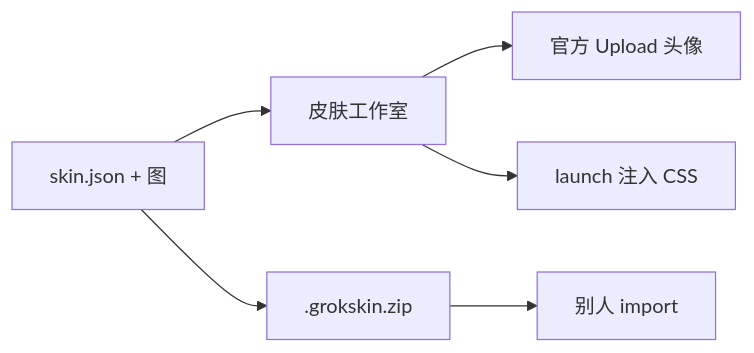
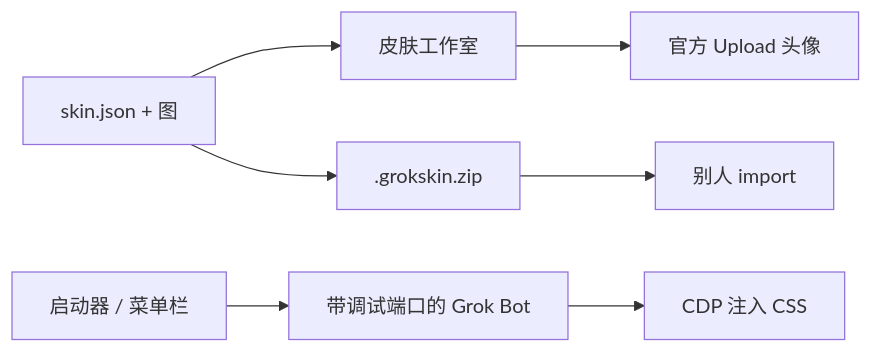
The diagram in README.md (Yellow5A5/Grok-Bot-Skin), drawn with Mermaid before and after one commit. The commit also changed other lines of this file and 14 other files, not shown here.

````diff
--- a/README.md
+++ b/README.md
@@ -10,8 +12,9 @@
 ```mermaid
 flowchart LR
   pack["skin.json + 图"] --> studio["皮肤工作室"]
   studio --> avatar["官方 Upload 头像"]
-  studio --> launch["launch 注入 CSS"]
+  launcher["启动器 / 菜单栏"] --> grok["带调试端口的 Grok Bot"]
+  grok --> css["CDP 注入 CSS"]
   pack --> zip[".grokskin.zip"]
   zip --> import["别人 import"]
 ```
````
